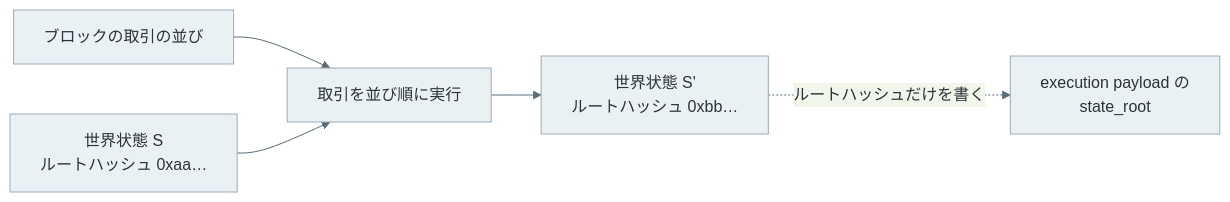
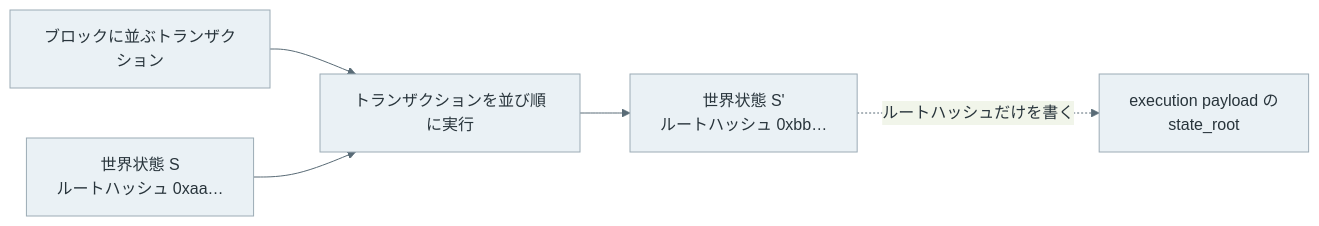
One commit to nao1215/debimate changed the third of 3 diagrams in content/notes/blockchain-systems/ethereum-account-model/index.md. Above: the diagram before and after it, drawn with Mermaid. The commit also changed other lines of this file and 12 other files, not shown here.

````diff
--- a/content/notes/blockchain-systems/ethereum-account-model/index.md
+++ b/content/notes/blockchain-systems/ethereum-account-model/index.md
@@ -194,9 +194,9 @@
 ```mermaid
 %%{init: {"theme":"base","themeVariables":{"primaryColor":"#eaf1f5","primaryTextColor":"#28343b","primaryBorderColor":"#9cabb5","lineColor":"#596b76","textColor":"#28343b","actorBkg":"#eaf1f5","actorBorder":"#9cabb5","actorTextColor":"#28343b","actorLineColor":"#9cabb5","signalColor":"#596b76","signalTextColor":"#28343b","noteBkgColor":"#f7f1e5","noteBorderColor":"#c5b99b","noteTextColor":"#403c32","activationBkgColor":"#edf3ef","activationBorderColor":"#9aafa1"}}}%%
 flowchart LR
-    T["ブロックの取引の並び"] --> X
-    S0["世界状態 S<br/>ルートハッシュ 0xaa…"] --> X["取引を並び順に実行"]
+    T["ブロックに並ぶトランザクション"] --> X
+    S0["世界状態 S<br/>ルートハッシュ 0xaa…"] --> X["トランザクションを並び順に実行"]
     X --> S1["世界状態 S'<br/>ルートハッシュ 0xbb…"]
     S1 -.->|"ルートハッシュだけを書く"| H["execution payload の<br/>state_root"]
     classDef default fill:#eaf1f5,stroke:#9cabb5,color:#28343b;
 ```
````
